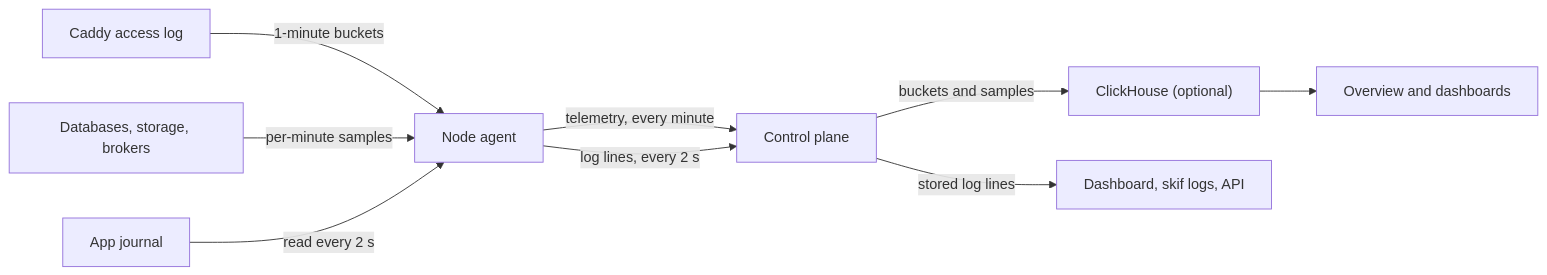
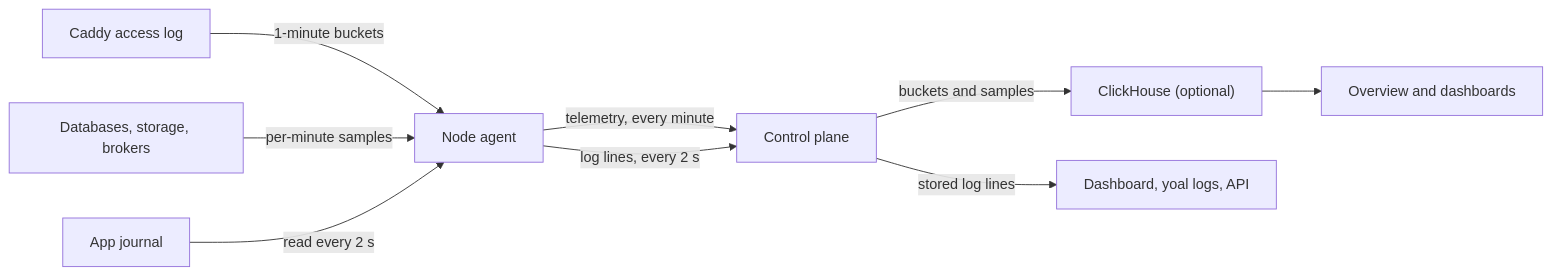
One commit to KieranHolroyd/skiff changed the diagram in packages/docs/content/observe/dashboards-and-logs.md. Above: the diagram before and after it, drawn with Mermaid. The commit also changed other lines of this file and 1869 other files, not shown here.

````diff
--- a/packages/docs/content/observe/dashboards-and-logs.md
+++ b/packages/docs/content/observe/dashboards-and-logs.md
@@ -27,11 +27,11 @@
 ```mermaid
 flowchart LR
   Caddy["Caddy access log"] -->|"1-minute buckets"| Agent["Node agent"]
   Services["Databases, storage, brokers"] -->|"per-minute samples"| Agent
   Journal["App journal"] -->|"read every 2 s"| Agent
   Agent -->|"telemetry, every minute"| CP["Control plane"]
   Agent -->|"log lines, every 2 s"| CP
   CP -->|"buckets and samples"| CH["ClickHouse (optional)"]
   CH --> Views["Overview and dashboards"]
-  CP -->|"stored log lines"| Logs["Dashboard, skif logs, API"]
+  CP -->|"stored log lines"| Logs["Dashboard, yoal logs, API"]
 ```
````
